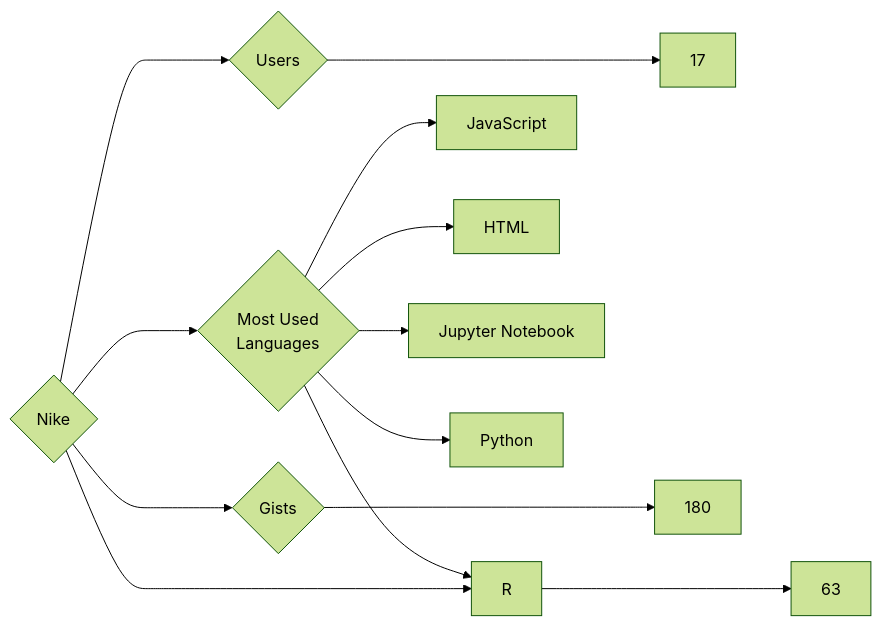
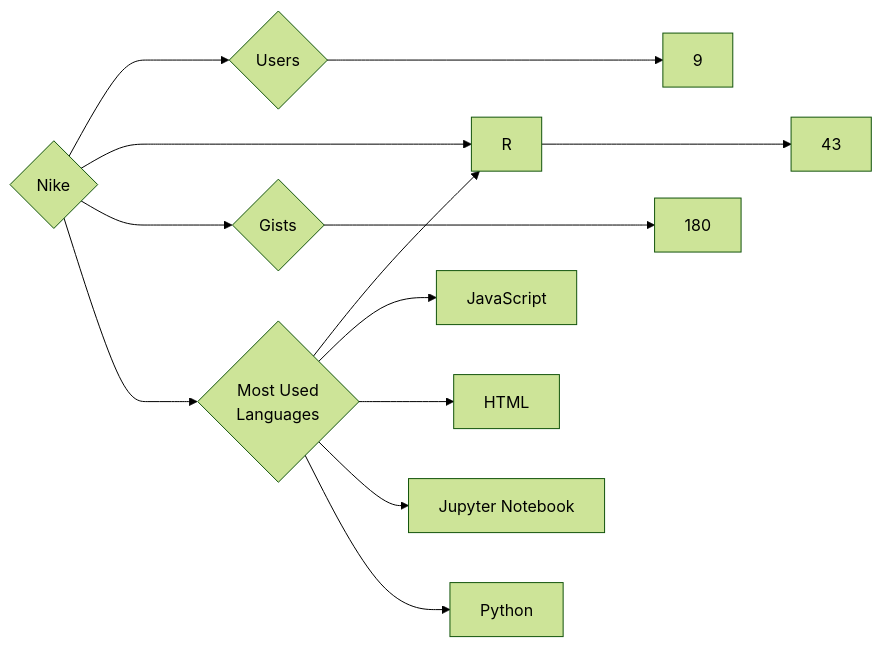
One commit to trickest/insiders changed the diagram in targets/Nike/README.md. Above: the diagram before and after it, drawn with Mermaid (forest theme). The commit also changed 939 other files, not shown here.

````diff
--- a/targets/Nike/README.md
+++ b/targets/Nike/README.md
@@ -3,13 +3,13 @@
 ```mermaid
 graph LR
 COMPANY_NAME{Nike}
-COMPANY_NAME ---> U{Users} ---> UN[17]
-COMPANY_NAME ---> R{Repositories} ---> RN[63]
+COMPANY_NAME ---> U{Users} ---> UN[9]
+COMPANY_NAME ---> R{Repositories} ---> RN[43]
 COMPANY_NAME ---> G{Gists} ---> GN[180]
 COMPANY_NAME ---> ML{Most Used<br>Languages}
+ML --> R[R]
 ML --> JavaScript[JavaScript]
-ML --> R[R]
 ML --> HTML[HTML]
 ML --> Jupyter_Notebook[Jupyter Notebook]
 ML --> Python[Python]
 ```
````
